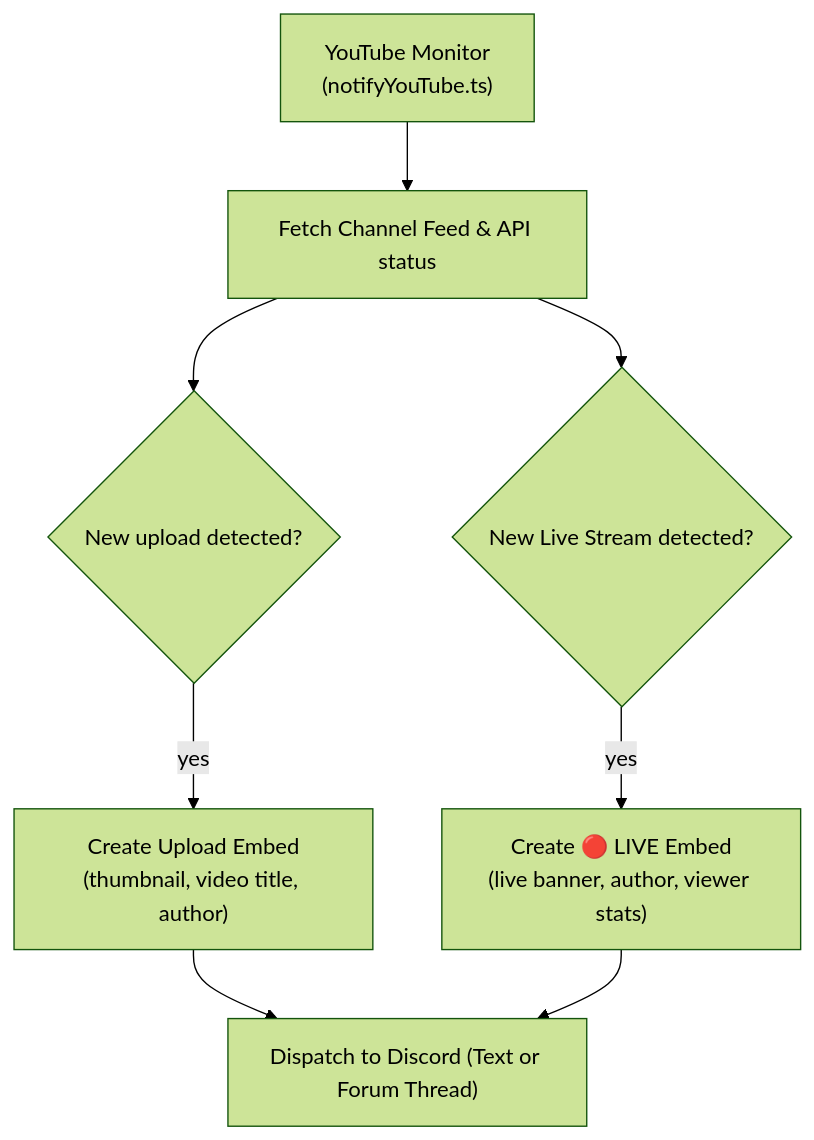
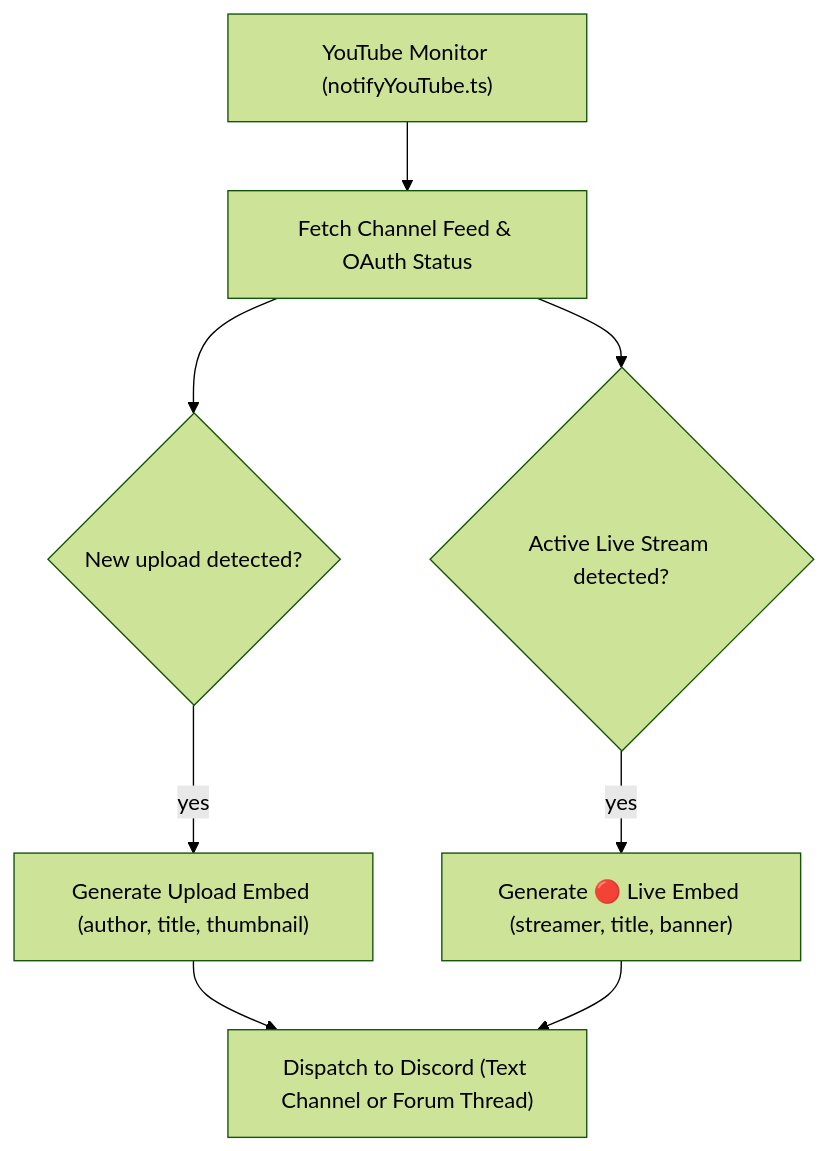
The second of 3 diagrams in wiki/Reminders-and-Twitch.md (PhantomNimbi/Master-Bot), drawn with Mermaid (forest theme) before and after one commit. The commit also changed other lines of this file and 8 other files, not shown here.

````diff
--- a/wiki/Reminders-and-Twitch.md
+++ b/wiki/Reminders-and-Twitch.md
@@ -106,10 +98,10 @@
 ```mermaid
 flowchart TD
-    YT["YouTube Monitor<br/>(notifyYouTube.ts)"] --> FEED["Fetch Channel Feed & API status"]
+    YT["YouTube Monitor (notifyYouTube.ts)"] --> FEED["Fetch Channel Feed & OAuth Status"]
     FEED --> UPLOAD{"New upload detected?"}
-    UPLOAD -->|yes| EU["Create Upload Embed<br/>(thumbnail, video title, author)"]
-    EU --> DISP["Dispatch to Discord (Text or Forum Thread)"]
-    FEED --> LIVE{"New Live Stream detected?"}
-    LIVE -->|yes| EL["Create 🔴 LIVE Embed<br/>(live banner, author, viewer stats)"]
+    UPLOAD -->|yes| EU["Generate Upload Embed (author, title, thumbnail)"]
+    EU --> DISP["Dispatch to Discord (Text Channel or Forum Thread)"]
+    FEED --> LIVE{"Active Live Stream detected?"}
+    LIVE -->|yes| EL["Generate 🔴 Live Embed (streamer, title, banner)"]
     EL --> DISP
 ```
````
